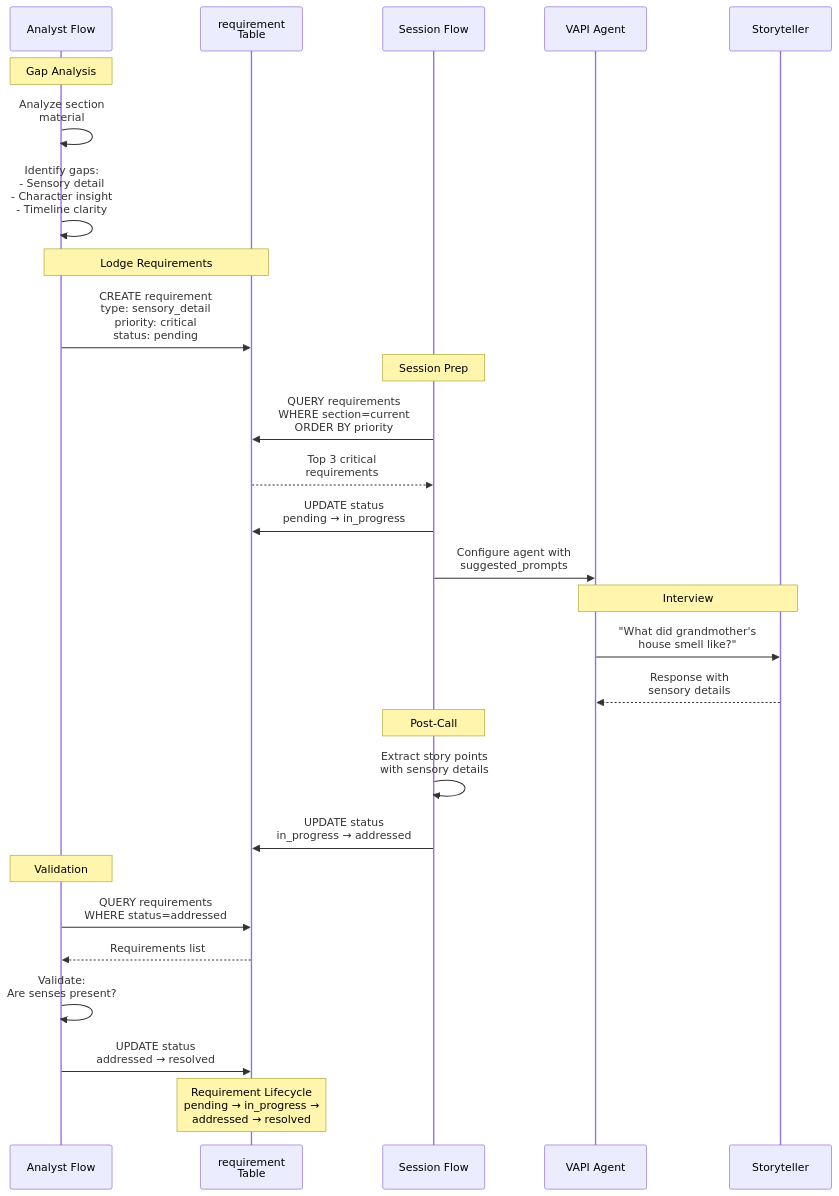
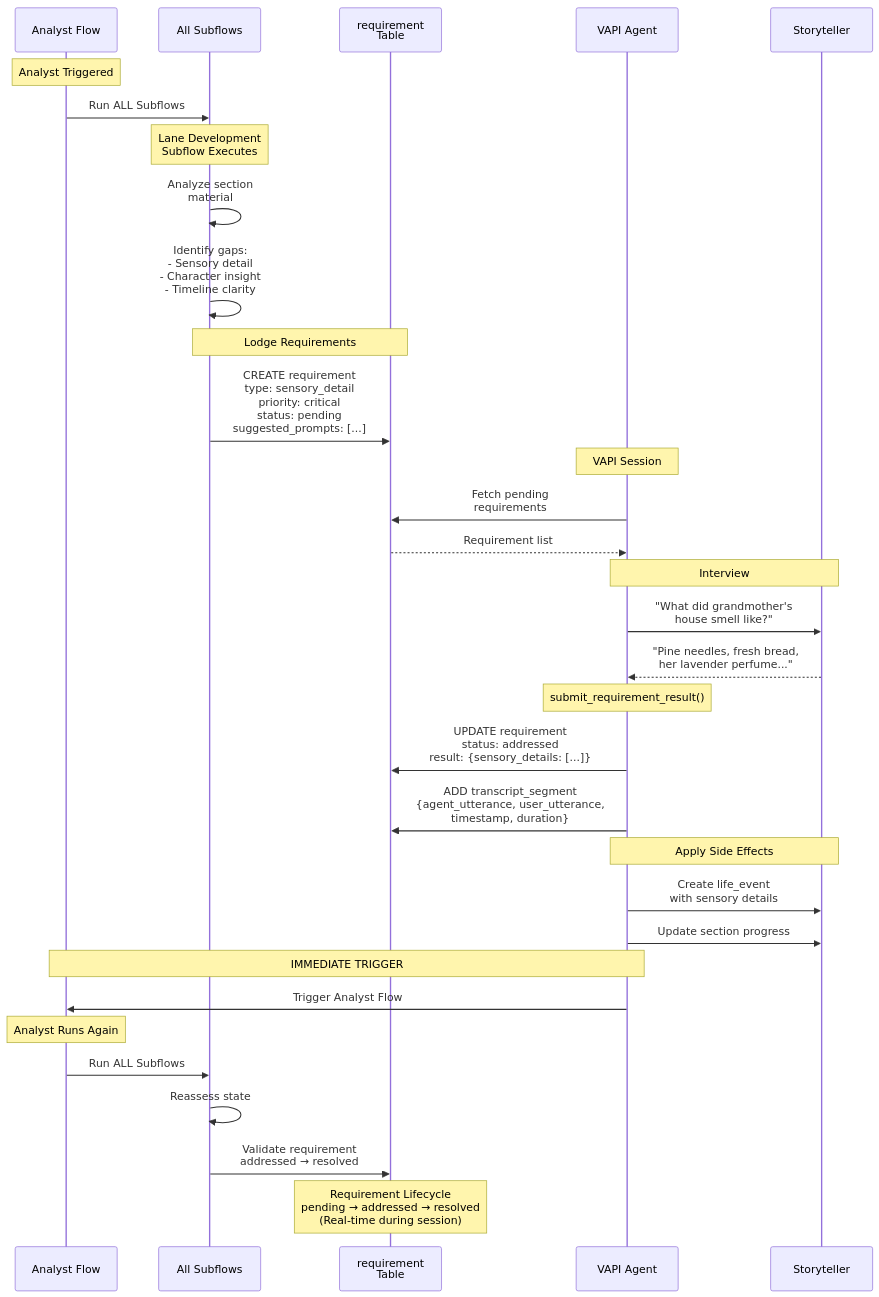
Before and after one commit to J1Marcus/curling_pro: diagram 11 of 16 in ai_docs/context/workflows/flow_architecture_diagrams.md, drawn with Mermaid. The commit also changed other lines of this file and 7 other files, not shown here.

````diff
--- a/ai_docs/context/workflows/flow_architecture_diagrams.md
+++ b/ai_docs/context/workflows/flow_architecture_diagrams.md
@@ -472,41 +638,44 @@
 ```mermaid
 sequenceDiagram
     participant AF as Analyst Flow
+    participant SW as All Subflows
     participant RT as requirement<br/>Table
-    participant SF as Session Flow
     participant VAPI as VAPI Agent
     participant ST as Storyteller
 
-    Note over AF: Gap Analysis
-    AF->>AF: Analyze section<br/>material
-    AF->>AF: Identify gaps:<br/>- Sensory detail<br/>- Character insight<br/>- Timeline clarity
+    Note over AF: Analyst Triggered
+    AF->>SW: Run ALL Subflows
 
-    Note over AF,RT: Lodge Requirements
-    AF->>RT: CREATE requirement<br/>type: sensory_detail<br/>priority: critical<br/>status: pending
+    Note over SW: Lane Development<br/>Subflow Executes
+    SW->>SW: Analyze section<br/>material
+    SW->>SW: Identify gaps:<br/>- Sensory detail<br/>- Character insight<br/>- Timeline clarity
 
-    Note over SF: Session Prep
-    SF->>RT: QUERY requirements<br/>WHERE section=current<br/>ORDER BY priority
-    RT-->>SF: Top 3 critical<br/>requirements
+    Note over SW,RT: Lodge Requirements
+    SW->>RT: CREATE requirement<br/>type: sensory_detail<br/>priority: critical<br/>status: pending<br/>suggested_prompts: [...]
 
-    SF->>RT: UPDATE status<br/>pending → in_progress
-
-    SF->>VAPI: Configure agent with<br/>suggested_prompts
+    Note over VAPI: VAPI Session
+    VAPI->>RT: Fetch pending<br/>requirements
+    RT-->>VAPI: Requirement list
 
     Note over VAPI,ST: Interview
     VAPI->>ST: "What did grandmother's<br/>house smell like?"
-    ST-->>VAPI: Response with<br/>sensory details
+    ST-->>VAPI: "Pine needles, fresh bread,<br/>her lavender perfume..."
 
-    Note over SF: Post-Call
-    SF->>SF: Extract story points<br/>with sensory details
+    Note over VAPI: submit_requirement_result()
+    VAPI->>RT: UPDATE requirement<br/>status: addressed<br/>result: {sensory_details: [...]}
+    VAPI->>RT: ADD transcript_segment<br/>{agent_utterance, user_utterance,<br/>timestamp, duration}
 
-    SF->>RT: UPDATE status<br/>in_progress → addressed
+    Note over VAPI,ST: Apply Side Effects
+    VAPI->>ST: Create life_event<br/>with sensory details
+    VAPI->>ST: Update section progress
 
-    Note over AF: Validation
-    AF->>RT: QUERY requirements<br/>WHERE status=addressed
-    RT-->>AF: Requirements list
+    Note over VAPI,AF: IMMEDIATE TRIGGER
+    VAPI->>AF: Trigger Analyst Flow
 
-    AF->>AF: Validate:<br/>Are senses present?
-    AF->>RT: UPDATE status<br/>addressed → resolved
+    Note over AF: Analyst Runs Again
+    AF->>SW: Run ALL Subflows
+    SW->>SW: Reassess state
+    SW->>RT: Validate requirement<br/>addressed → resolved
 
-    Note over RT: Requirement Lifecycle<br/>pending → in_progress →<br/>addressed → resolved
+    Note over RT: Requirement Lifecycle<br/>pending → addressed → resolved<br/>(Real-time during session)
 ```
````
